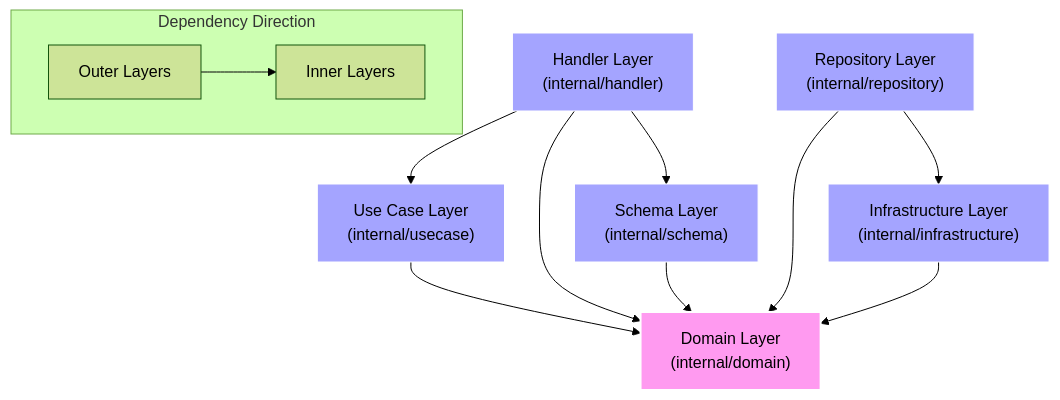
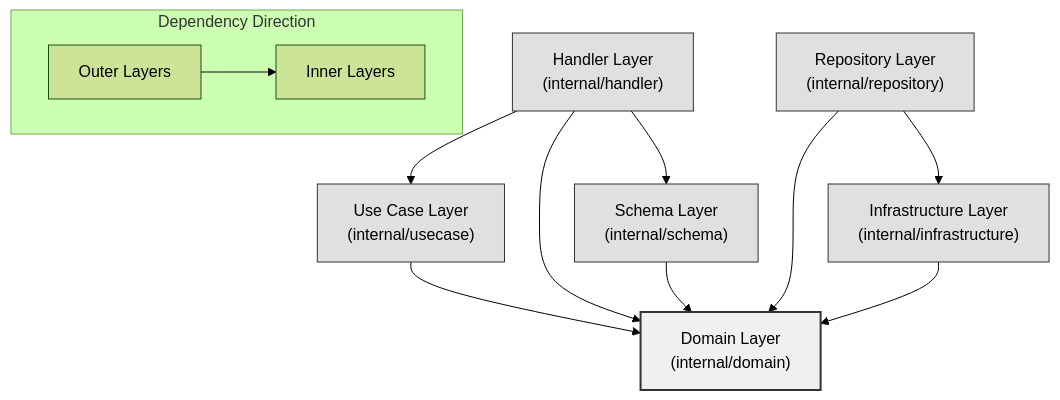
The sixth of 6 diagrams in README.md (ohta-rh/go-backend-boilerplate), drawn with Mermaid (forest theme) before and after one commit. The commit also changed other lines of this file, not shown here.

````diff
--- a/README.md
+++ b/README.md
@@ -297,29 +297,29 @@
 ```mermaid
 flowchart TD
     subgraph "Dependency Direction"
         direction LR
         Outer["Outer Layers"] --> Inner["Inner Layers"]
     end
     
     Domain["Domain Layer<br/>(internal/domain)"]
     UseCase["Use Case Layer<br/>(internal/usecase)"]
     Handler["Handler Layer<br/>(internal/handler)"]
     Repository["Repository Layer<br/>(internal/repository)"]
     Infrastructure["Infrastructure Layer<br/>(internal/infrastructure)"]
     Schema["Schema Layer<br/>(internal/schema)"]
     
     Handler --> UseCase
     Handler --> Domain
     Handler --> Schema
     UseCase --> Domain
     Repository --> Domain
     Repository --> Infrastructure
     Infrastructure --> Domain
     Schema --> Domain
     
-    classDef core fill:#ff9af0,stroke:#fff,stroke-width:2px;
-    classDef outer fill:#a4a4ff,stroke:#fff,stroke-width:1px;
+    classDef core fill:#f0f0f0,stroke:#333,stroke-width:2px;
+    classDef outer fill:#e0e0e0,stroke:#333,stroke-width:1px;
     
     class Domain core;
     class UseCase,Handler,Repository,Infrastructure,Schema outer;
 ```
````
